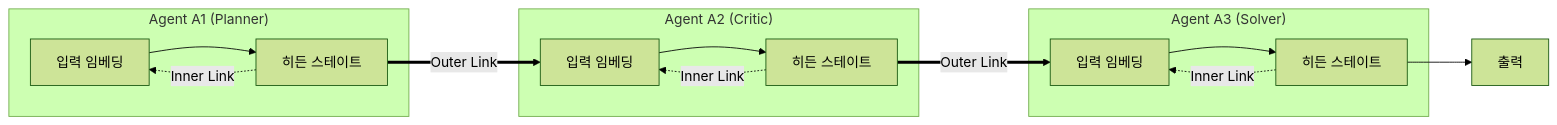
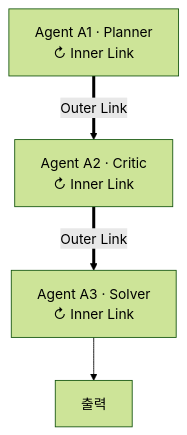
One commit to pheeree/pheeree.github.io changed the first of 3 diagrams in _posts/2026-05-03-recursive-mas-latent-space-agent-collaboration.md. Above: the diagram before and after it, drawn with Mermaid (forest theme). The commit also changed other lines of this file and 6 other files, not shown here.

First line of the commit message:
layout: 5월 발행물 다이어그램·수식 가독성 정돈

````diff
--- a/_posts/2026-05-03-recursive-mas-latent-space-agent-collaboration.md
+++ b/_posts/2026-05-03-recursive-mas-latent-space-agent-collaboration.md
@@ -42,18 +44,6 @@
 ```mermaid
-flowchart LR
-    subgraph A1["Agent A1 (Planner)"]
-        E1[입력 임베딩] --> H1[히든 스테이트]
-        H1 -.Inner Link.-> E1
-    end
-    subgraph A2["Agent A2 (Critic)"]
-        E2[입력 임베딩] --> H2[히든 스테이트]
-        H2 -.Inner Link.-> E2
-    end
-    subgraph A3["Agent A3 (Solver)"]
-        E3[입력 임베딩] --> H3[히든 스테이트]
-        H3 -.Inner Link.-> E3
-    end
-    H1 ==Outer Link==> E2
-    H2 ==Outer Link==> E3
-    H3 --> OUT[출력]
+flowchart TB
+    A1["Agent A1 · Planner<br/>↻ Inner Link"] ==Outer Link==> A2["Agent A2 · Critic<br/>↻ Inner Link"]
+    A2 ==Outer Link==> A3["Agent A3 · Solver<br/>↻ Inner Link"]
+    A3 --> OUT[출력]
 ```
````
